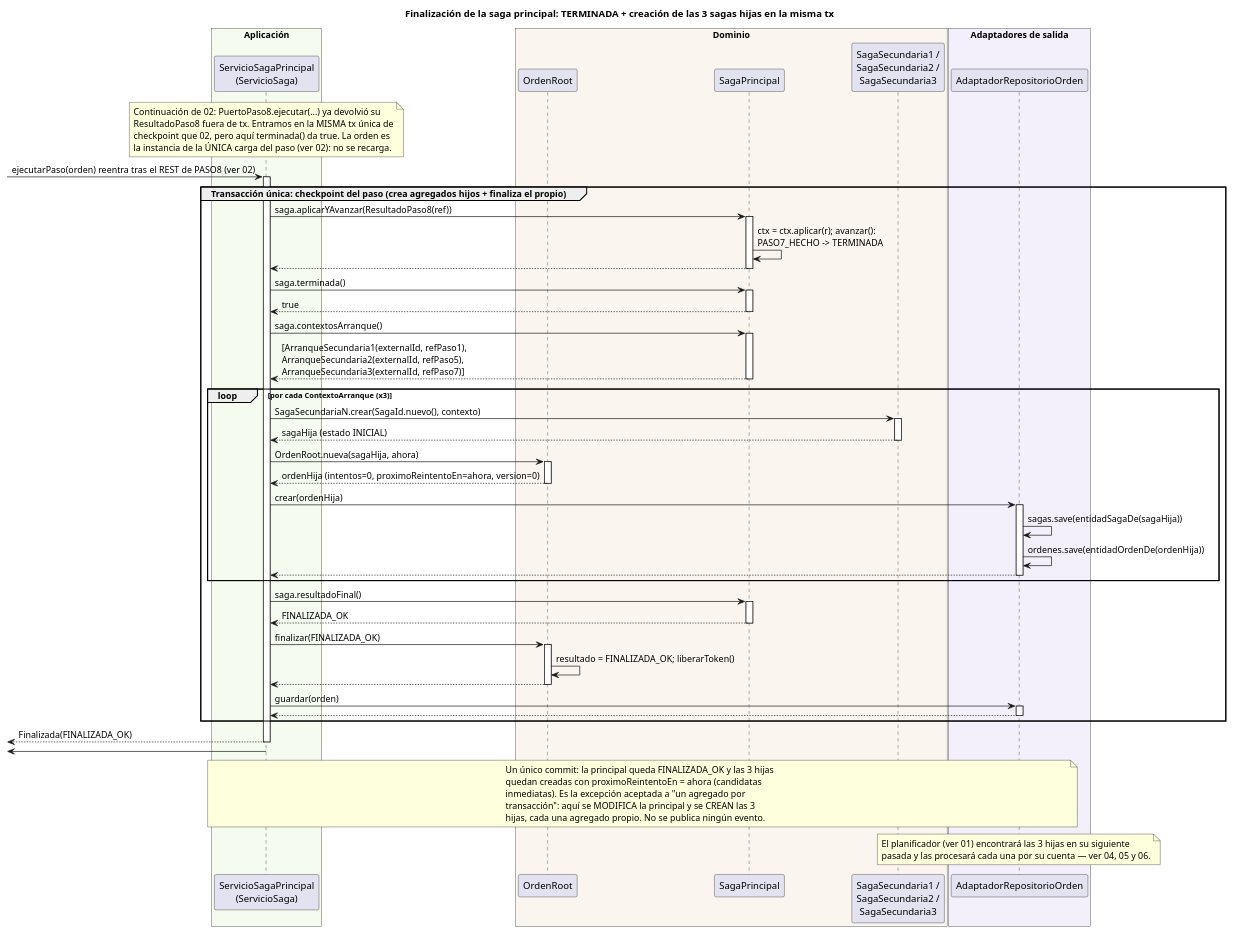
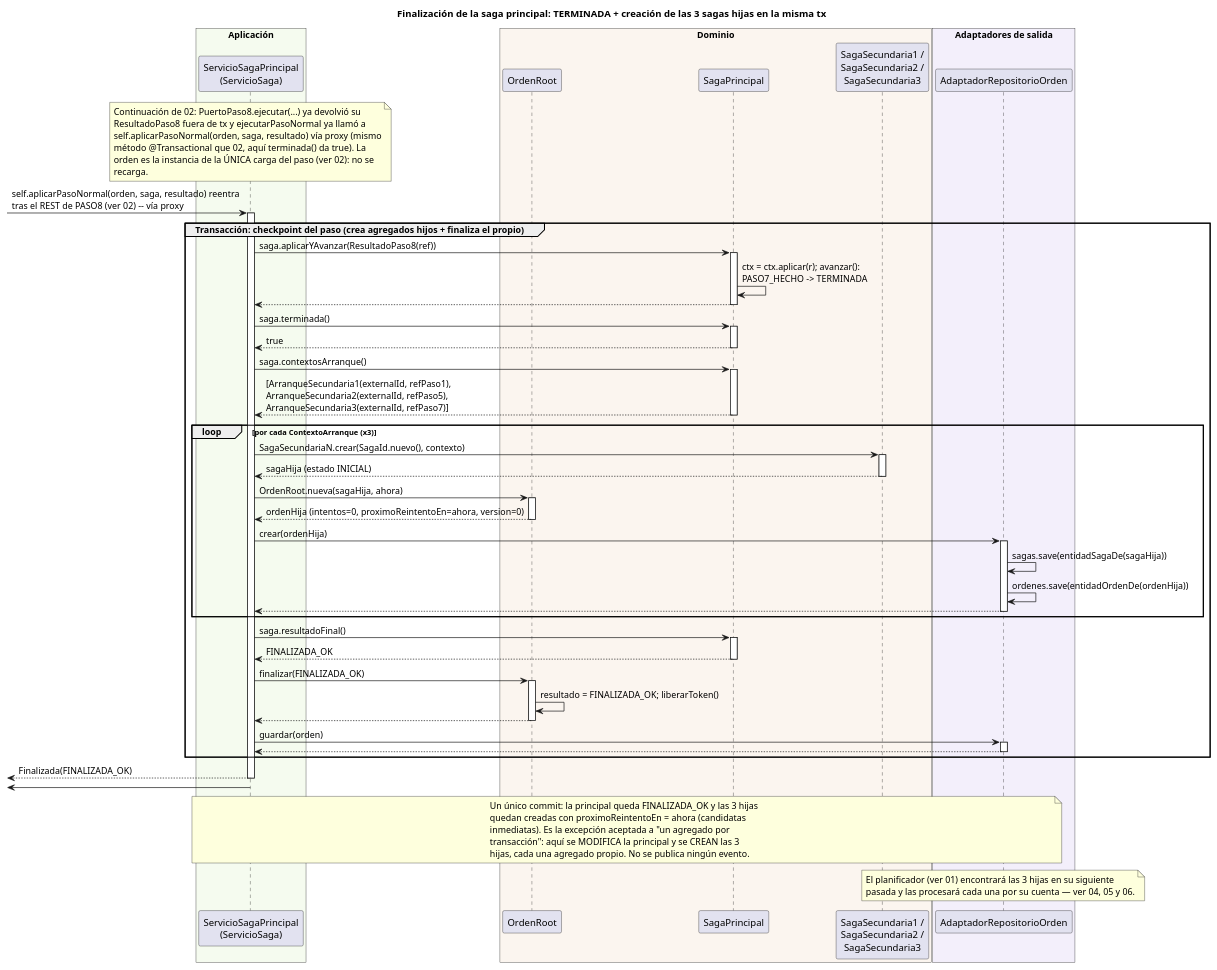
Before and after one commit to ralcazar/patrones: the diagram in order-manager/docs/03-finalizacion-saga-principal.puml, drawn with PlantUML. The commit also changed 61 other files, not shown here.

```diff
--- a/order-manager/docs/03-finalizacion-saga-principal.puml
+++ b/order-manager/docs/03-finalizacion-saga-principal.puml
@@ -1,71 +1,73 @@
 @startuml 03-finalizacion-saga-principal
 title Finalización de la saga principal: TERMINADA + creación de las 3 sagas hijas en la misma tx
 
 box "Aplicación" #F5FBEF
   participant "ServicioSagaPrincipal\n(ServicioSaga)" as ORQ
 end box
 box "Dominio" #FBF5EF
   participant "OrdenRoot" as ORDEN
   participant "SagaPrincipal" as SAGA
   participant "SagaSecundaria1 /\nSagaSecundaria2 /\nSagaSecundaria3" as HIJAS
 end box
 box "Adaptadores de salida" #F3EFFB
   participant "AdaptadorRepositorioOrden" as REPO
 end box
 
 note over ORQ
   Continuación de 02: PuertoPaso8.ejecutar(...) ya devolvió su
-  ResultadoPaso8 fuera de tx. Entramos en la MISMA tx única de
-  checkpoint que 02, pero aquí terminada() da true. La orden es
-  la instancia de la ÚNICA carga del paso (ver 02): no se recarga.
+  ResultadoPaso8 fuera de tx y ejecutarPasoNormal ya llamó a
+  self.aplicarPasoNormal(orden, saga, resultado) vía proxy (mismo
+  método @Transactional que 02, aquí terminada() da true). La
+  orden es la instancia de la ÚNICA carga del paso (ver 02): no se
+  recarga.
 end note
 
-[-> ORQ : ejecutarPaso(orden) reentra tras el REST de PASO8 (ver 02)
+[-> ORQ : self.aplicarPasoNormal(orden, saga, resultado) reentra\ntras el REST de PASO8 (ver 02) -- vía proxy
 activate ORQ
 
-group Transacción única: checkpoint del paso (crea agregados hijos + finaliza el propio)
+group Transacción: checkpoint del paso (crea agregados hijos + finaliza el propio)
   ORQ -> SAGA ++ : saga.aplicarYAvanzar(ResultadoPaso8(ref))
   SAGA -> SAGA : ctx = ctx.aplicar(r); avanzar():\nPASO7_HECHO -> TERMINADA
   return
   ORQ -> SAGA ++ : saga.terminada()
   return true
 
   ORQ -> SAGA ++ : saga.contextosArranque()
   return [ArranqueSecundaria1(externalId, refPaso1),\nArranqueSecundaria2(externalId, refPaso5),\nArranqueSecundaria3(externalId, refPaso7)]
 
   loop por cada ContextoArranque (x3)
     ORQ -> HIJAS ++ : SagaSecundariaN.crear(SagaId.nuevo(), contexto)
     return sagaHija (estado INICIAL)
     ORQ -> ORDEN ++ : OrdenRoot.nueva(sagaHija, ahora)
     return ordenHija (intentos=0, proximoReintentoEn=ahora, version=0)
     ORQ -> REPO ++ : crear(ordenHija)
     REPO -> REPO : sagas.save(entidadSagaDe(sagaHija))
     REPO -> REPO : ordenes.save(entidadOrdenDe(ordenHija))
     return
   end
 
   ORQ -> SAGA ++ : saga.resultadoFinal()
   return FINALIZADA_OK
   ORQ -> ORDEN ++ : finalizar(FINALIZADA_OK)
   ORDEN -> ORDEN : resultado = FINALIZADA_OK; liberarToken()
   return
   ORQ -> REPO ++ : guardar(orden)
   return
 end
 return Finalizada(FINALIZADA_OK)
 [<- ORQ
 deactivate ORQ
 
 note over ORQ, REPO
   Un único commit: la principal queda FINALIZADA_OK y las 3 hijas
   quedan creadas con proximoReintentoEn = ahora (candidatas
   inmediatas). Es la excepción aceptada a "un agregado por
   transacción": aquí se MODIFICA la principal y se CREAN las 3
   hijas, cada una agregado propio. No se publica ningún evento.
 end note
 
 note over REPO
   El planificador (ver 01) encontrará las 3 hijas en su siguiente
   pasada y las procesará cada una por su cuenta — ver 04, 05 y 06.
 end note
 @enduml
```
